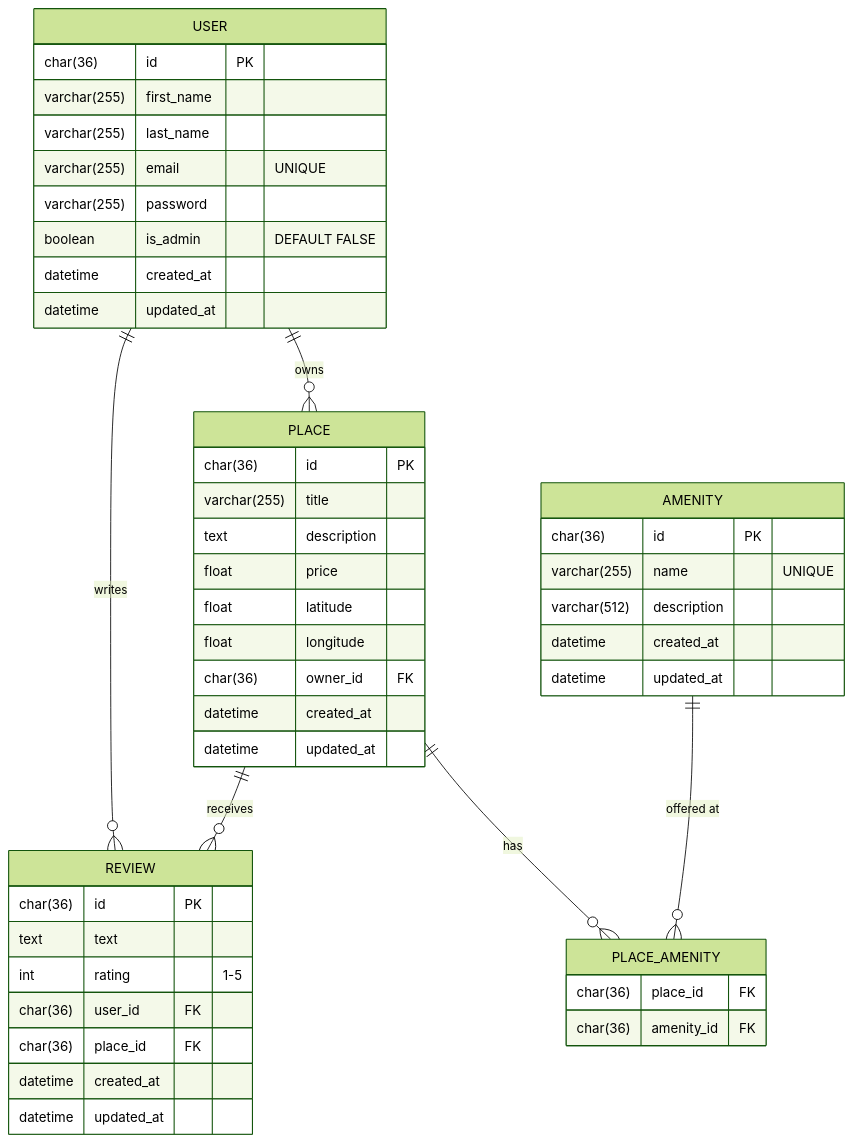
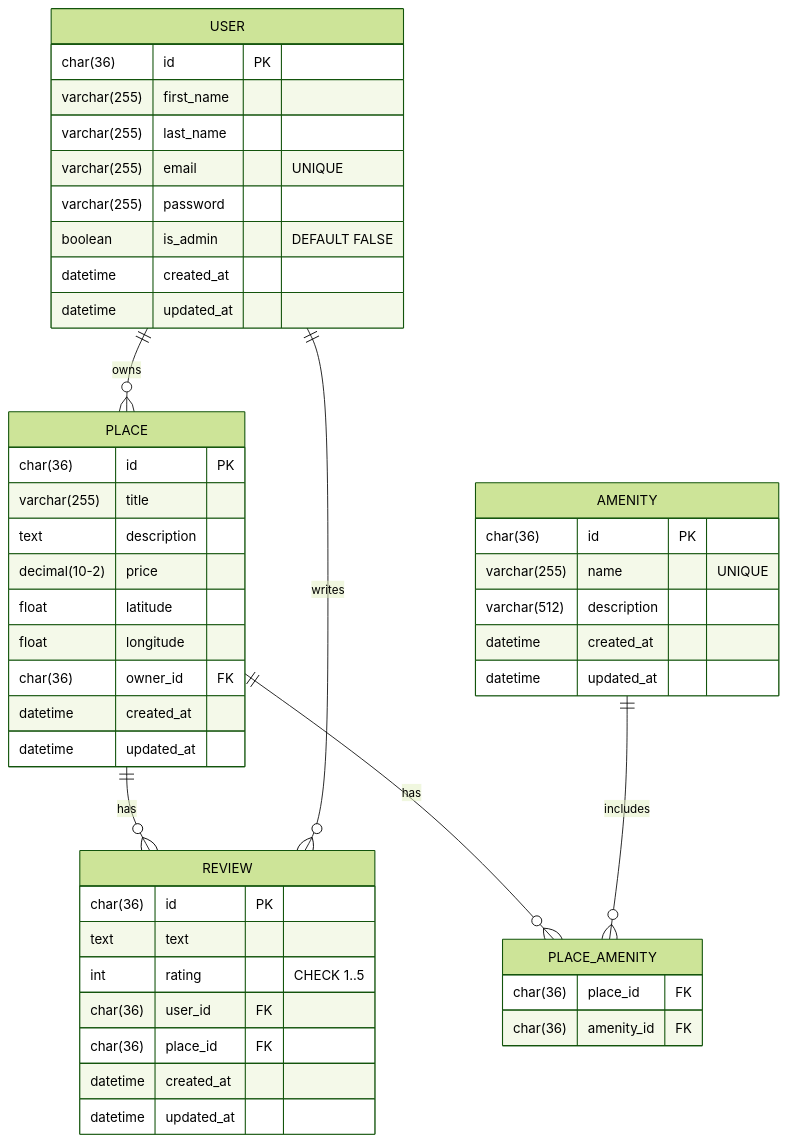
The diagram in part3/ERD.md (rabea14180-max/holbertonschool-hbnb), drawn with Mermaid (forest theme) before and after one commit. The commit also changed other lines of this file, not shown here.

Commit message:
Update ERD with corrected data types and relationships

````diff
--- a/part3/ERD.md
+++ b/part3/ERD.md
@@ -3,54 +3,54 @@
 ```mermaid
 erDiagram
     USER {
-        char(36)      id         PK
-        varchar(255)  first_name
-        varchar(255)  last_name
-        varchar(255)  email       "UNIQUE"
-        varchar(255)  password
-        boolean       is_admin    "DEFAULT FALSE"
-        datetime      created_at
-        datetime      updated_at
+        char(36)    id          PK
+        varchar(255) first_name
+        varchar(255) last_name
+        varchar(255) email       "UNIQUE"
+        varchar(255) password
+        boolean     is_admin    "DEFAULT FALSE"
+        datetime    created_at
+        datetime    updated_at
     }
 
     PLACE {
-        char(36)     id          PK
-        varchar(255) title
-        text         description
-        float        price
-        float        latitude
-        float        longitude
-        char(36)     owner_id    FK
-        datetime     created_at
-        datetime     updated_at
+        char(36)        id          PK
+        varchar(255)    title
+        text            description
+        decimal(10-2)   price
+        float           latitude
+        float           longitude
+        char(36)        owner_id    FK
+        datetime        created_at
+        datetime        updated_at
     }
 
     REVIEW {
-        char(36) id         PK
-        text     text
-        int      rating     "1-5"
-        char(36) user_id    FK
-        char(36) place_id   FK
-        datetime created_at
-        datetime updated_at
+        char(36)    id          PK
+        text        text
+        int         rating      "CHECK 1..5"
+        char(36)    user_id     FK
+        char(36)    place_id    FK
+        datetime    created_at
+        datetime    updated_at
     }
 
     AMENITY {
-        char(36)     id          PK
-        varchar(255) name        "UNIQUE"
-        varchar(512) description
-        datetime     created_at
-        datetime     updated_at
+        char(36)        id          PK
+        varchar(255)    name        "UNIQUE"
+        varchar(512)    description
+        datetime        created_at
+        datetime        updated_at
     }
 
     PLACE_AMENITY {
-        char(36) place_id   FK
-        char(36) amenity_id FK
+        char(36)    place_id    FK
+        char(36)    amenity_id  FK
     }
 
-    USER         ||--o{ PLACE         : "owns"
-    USER         ||--o{ REVIEW        : "writes"
-    PLACE        ||--o{ REVIEW        : "receives"
-    PLACE        ||--o{ PLACE_AMENITY : "has"
-    AMENITY      ||--o{ PLACE_AMENITY : "offered at"
+    USER ||--o{ PLACE : owns
+    PLACE ||--o{ REVIEW : has
+    USER ||--o{ REVIEW : writes
+    PLACE ||--o{ PLACE_AMENITY : has
+    AMENITY ||--o{ PLACE_AMENITY : includes
 ```
````
